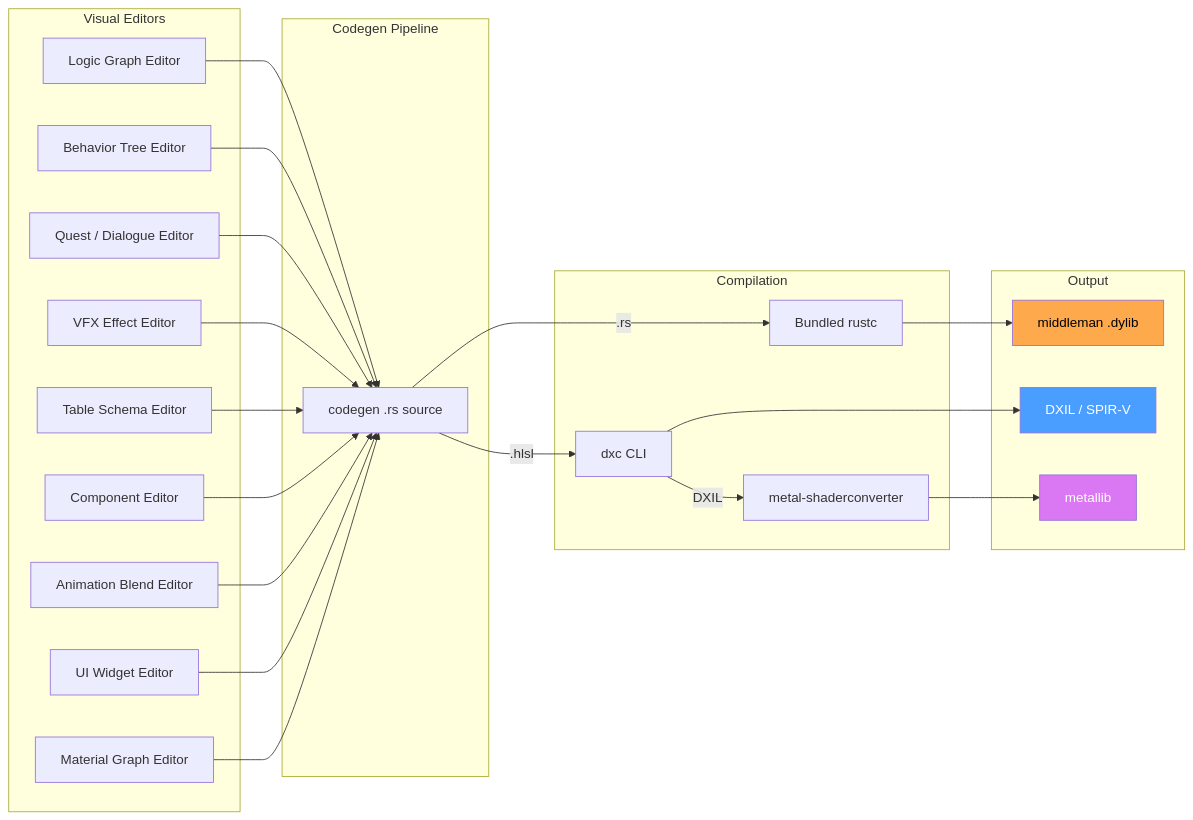
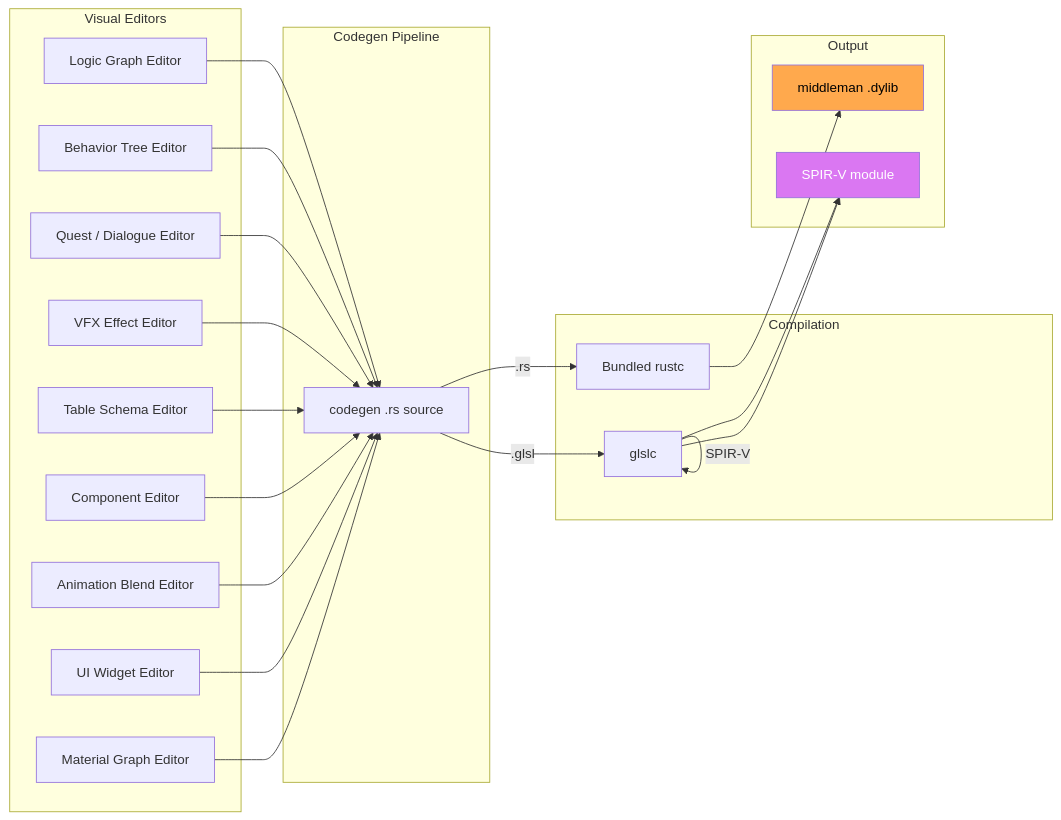
One commit to harmonius-dev/harmonius changed the fifth of 5 diagrams in docs/design/integration/high-level.md. Above: the diagram before and after it, drawn with Mermaid. The commit also changed other lines of this file and 128 other files, not shown here.

````diff
--- a/docs/design/integration/high-level.md
+++ b/docs/design/integration/high-level.md
@@ -559,51 +559,51 @@
 ```mermaid
 flowchart LR
     subgraph "Visual Editors"
         LG[Logic Graph Editor]
         MG[Material Graph Editor]
         BT[Behavior Tree Editor]
         QD[Quest / Dialogue Editor]
         VE[VFX Effect Editor]
         TE[Table Schema Editor]
         CE[Component Editor]
         AE[Animation Blend Editor]
         UE[UI Widget Editor]
     end
 
     subgraph "Codegen Pipeline"
         CG[codegen .rs source]
     end
 
     subgraph "Compilation"
         RC[Bundled rustc]
-        DXC[dxc CLI]
-        MSC[metal-shaderconverter]
+        glslc[glslc CLI]
+        glslc[glslc]
     end
 
     subgraph "Output"
         DY[middleman .dylib]
-        DXIL[DXIL / SPIR-V]
-        MSL[metallib]
+        SPIR-V[SPIR-V / SPIR-V]
+        SPIR-V[SPIR-V module]
     end
 
     LG --> CG
     BT --> CG
     QD --> CG
     VE --> CG
     TE --> CG
     CE --> CG
     AE --> CG
     UE --> CG
 
     MG --> CG
     CG -->|.rs| RC
-    CG -->|.hlsl| DXC
+    CG -->|.glsl| glslc
     RC --> DY
-    DXC --> DXIL
-    DXC -->|DXIL| MSC
-    MSC --> MSL
+    glslc --> SPIR-V
+    glslc -->|SPIR-V| glslc
+    glslc --> SPIR-V
 
     style DY fill:#ffa94d,color:#000
-    style DXIL fill:#4a9eff,color:#fff
-    style MSL fill:#da77f2,color:#fff
+    style SPIR-V fill:#4a9eff,color:#fff
+    style SPIR-V fill:#da77f2,color:#fff
 ```
````
